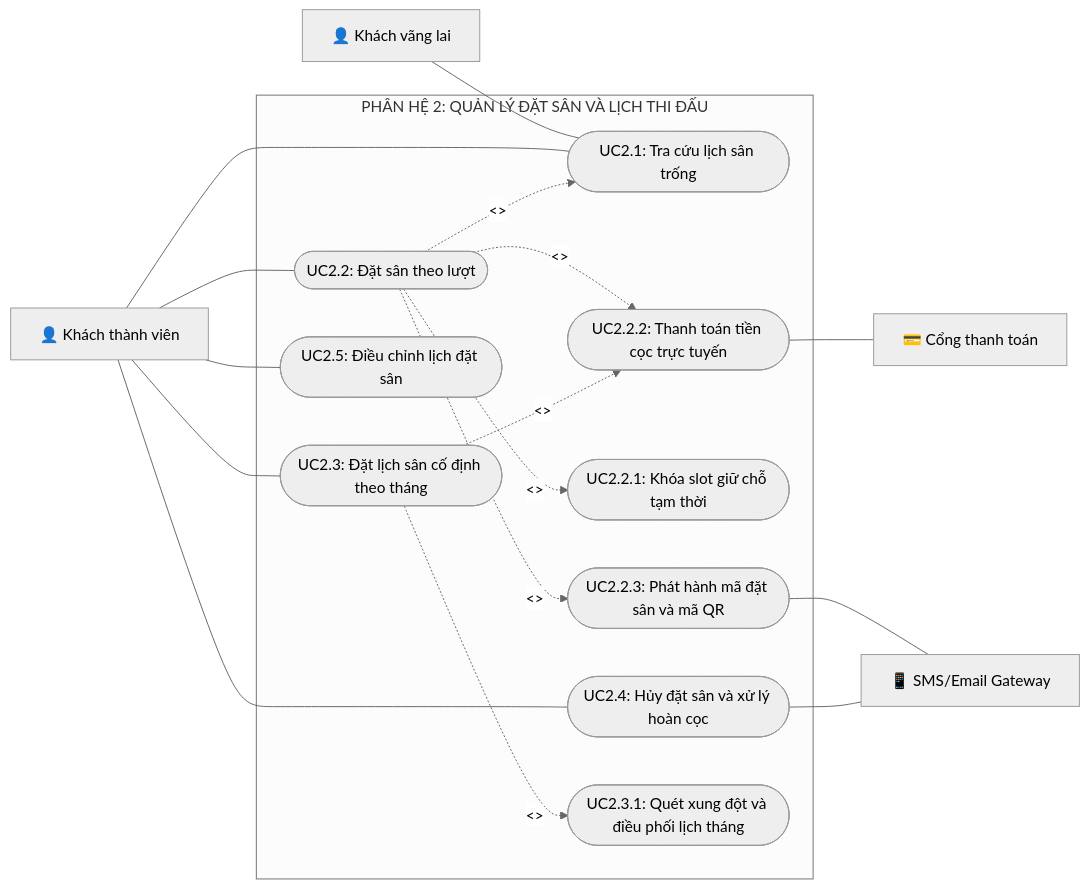
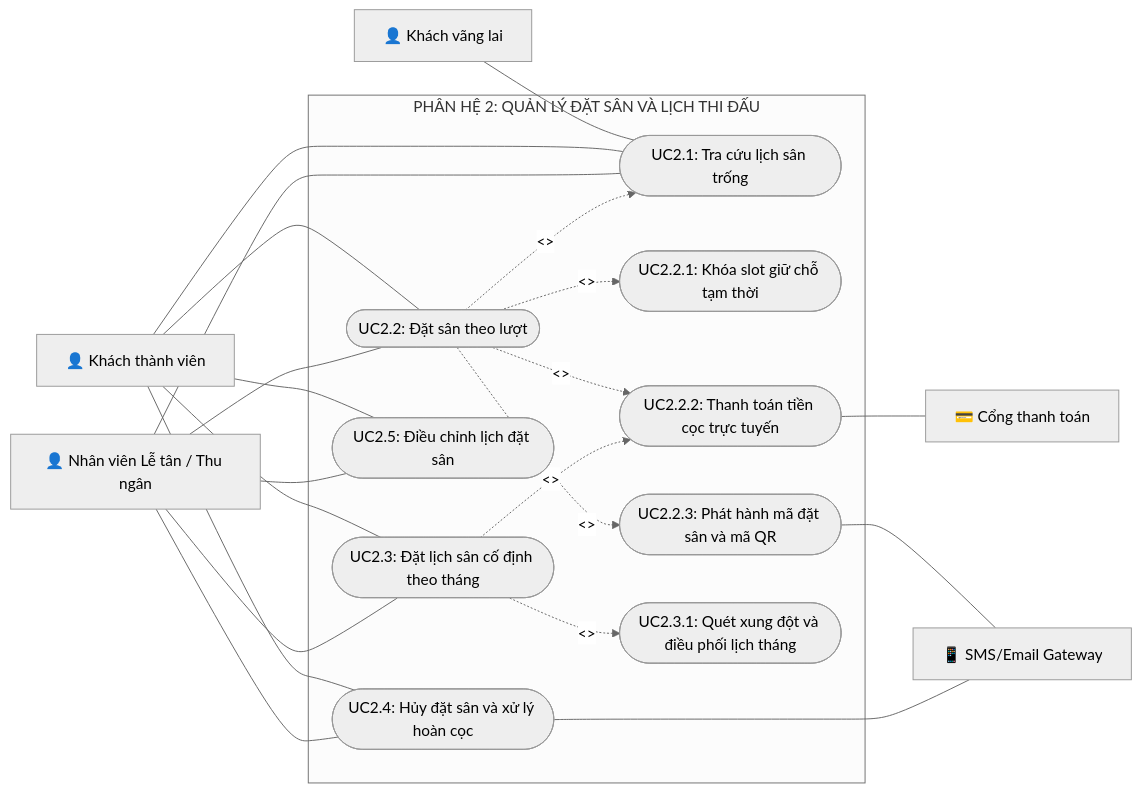
Before and after one commit to nphat-code/DoAn-OOAD-SGU: the fourth of 7 diagrams in BTH/BTH3_UsecaseDiagram/BTH3_UsecaseDiagram.md, drawn with Mermaid (neutral theme). The commit also changed 1 other file, not shown here.

Commit message:
fix(bth3): bo sung tac nhan Le tan vao so do usecase phan he 2 trong file markdown

````diff
--- a/BTH/BTH3_UsecaseDiagram/BTH3_UsecaseDiagram.md
+++ b/BTH/BTH3_UsecaseDiagram/BTH3_UsecaseDiagram.md
@@ -153,41 +153,48 @@
 ```mermaid
 flowchart LR
     Guest["👤 Khách vãng lai"]
     Customer["👤 Khách thành viên"]
+    Staff["👤 Nhân viên Lễ tân / Thu ngân"]
     PaymentGW["💳 Cổng thanh toán"]
     NotifyGW["📱 SMS/Email Gateway"]
 
     subgraph Subsystem2 ["PHÂN HỆ 2: QUẢN LÝ ĐẶT SÂN VÀ LỊCH THI ĐẤU"]
         UC21(["UC2.1: Tra cứu lịch sân trống"])
         UC22(["UC2.2: Đặt sân theo lượt"])
         UC23(["UC2.3: Đặt lịch sân cố định theo tháng"])
         UC24(["UC2.4: Hủy đặt sân và xử lý hoàn cọc"])
         UC25(["UC2.5: Điều chỉnh lịch đặt sân"])
 
         %% Supporting & Included Use Cases
         UC_Lock(["UC2.2.1: Khóa slot giữ chỗ tạm thời"])
         UC_Deposit(["UC2.2.2: Thanh toán tiền cọc trực tuyến"])
         UC_GenQR(["UC2.2.3: Phát hành mã đặt sân và mã QR"])
         UC_CheckConflict(["UC2.3.1: Quét xung đột và điều phối lịch tháng"])
     end
 
     Guest --- UC21
     Customer --- UC21
     Customer --- UC22
     Customer --- UC23
     Customer --- UC24
     Customer --- UC25
 
+    Staff --- UC21
+    Staff --- UC22
+    Staff --- UC23
+    Staff --- UC24
+    Staff --- UC25
+
     %% Includes & Extends
     UC22 -.->|<<include>>| UC21
     UC22 -.->|<<include>>| UC_Lock
     UC22 -.->|<<include>>| UC_Deposit
     UC22 -.->|<<include>>| UC_GenQR
 
     UC23 -.->|<<include>>| UC_CheckConflict
     UC23 -.->|<<include>>| UC_Deposit
 
     UC_Deposit --- PaymentGW
     UC_GenQR --- NotifyGW
     UC24 --- NotifyGW
 ```
````
